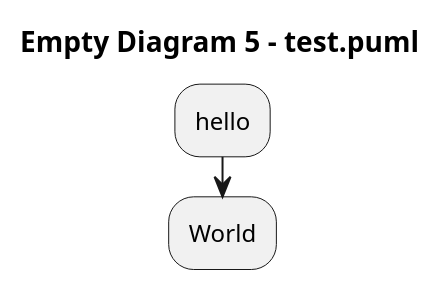
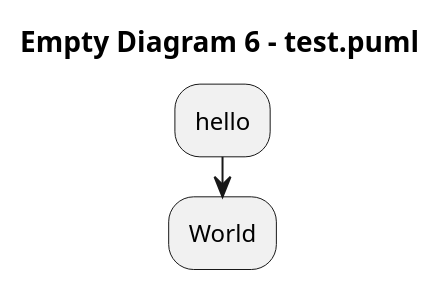
The diagram in test.puml (arwenvaughan/test1), drawn with PlantUML before and after one commit.

Commit message:
PlantText Commit: 5 to 6.

```diff
--- a/test.puml
+++ b/test.puml
@@ -1,7 +1,7 @@
 @startuml
 
-title Empty Diagram 5 - test.puml
+title Empty Diagram 6 - test.puml
 :hello;
 :World;
 
 @enduml
```
